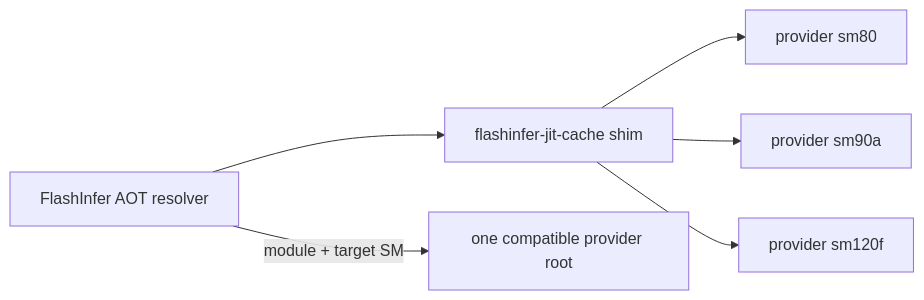
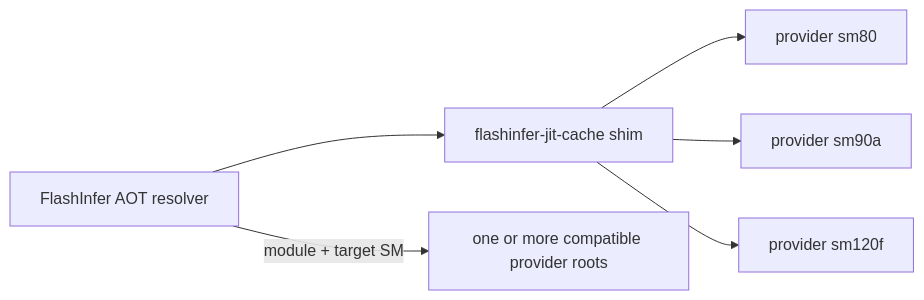
Before and after one commit to flashinfer-ai/flashinfer: the diagram in docs/design_docs/jit_cache_provider_wheels.md, drawn with Mermaid. The commit also changed other lines of this file and 16 other files, not shown here.

````diff
--- a/docs/design_docs/jit_cache_provider_wheels.md
+++ b/docs/design_docs/jit_cache_provider_wheels.md
@@ -60,8 +60,8 @@
 ```mermaid
 flowchart LR
     shim["flashinfer-jit-cache shim"] --> sm80["provider sm80"]
     shim --> sm90["provider sm90a"]
     shim --> sm120["provider sm120f"]
     runtime["FlashInfer AOT resolver"] --> shim
-    runtime -->|"module + target SM"| selected["one compatible provider root"]
+    runtime -->|"module + target SM"| selected["one or more compatible provider roots"]
 ```
````
